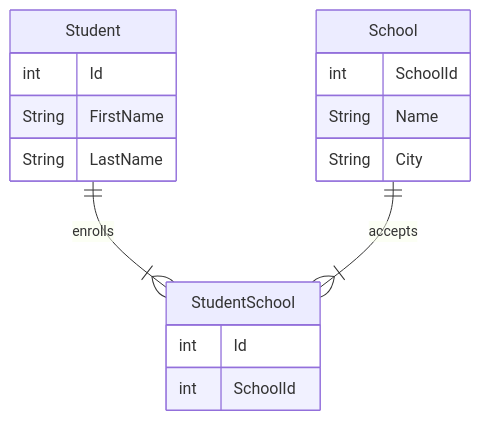
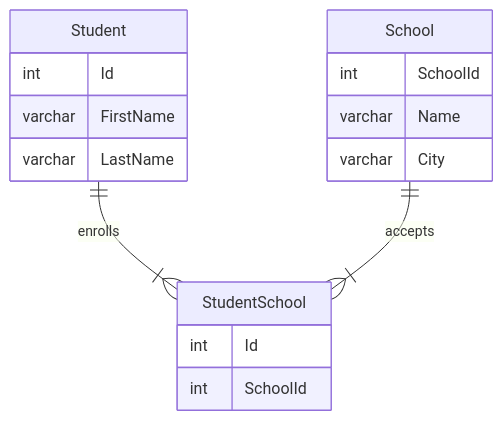
Before and after one commit to HeyUitsMe/db2022-mermaid: the diagram in README.md, drawn with Mermaid.

Commit message:
added PRI

````diff
--- a/README.md
+++ b/README.md
@@ -5,25 +5,25 @@
 ```mermaid
 erDiagram
         
 Student ||--|{ StudentSchool : enrolls
 School ||--|{ StudentSchool : accepts
 
 
     StudentSchool {
         int Id
         int SchoolId
     }
     
     Student {
         int Id
-        String FirstName
-        String LastName
+        varchar FirstName
+        varchar LastName
     }
     
     School {
         int SchoolId
-        String Name
-        String City
+        varchar Name
+        varchar City
     }
     
 ```
````
